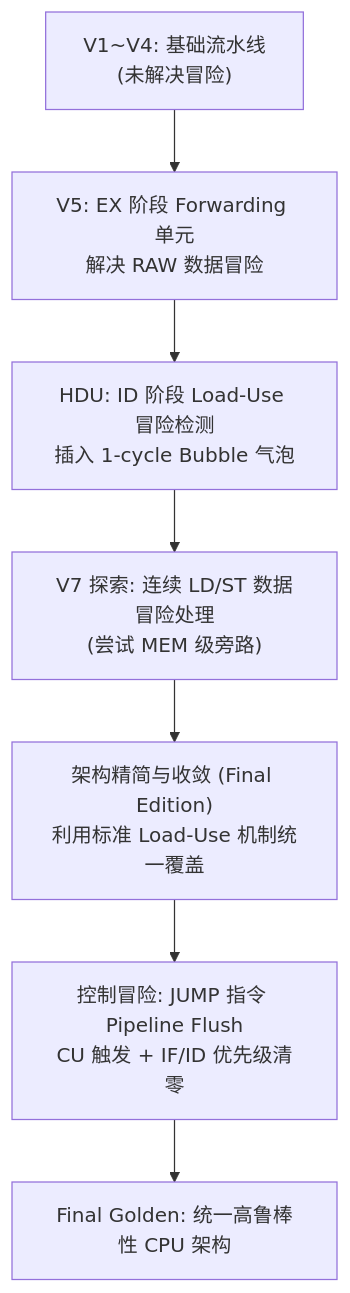
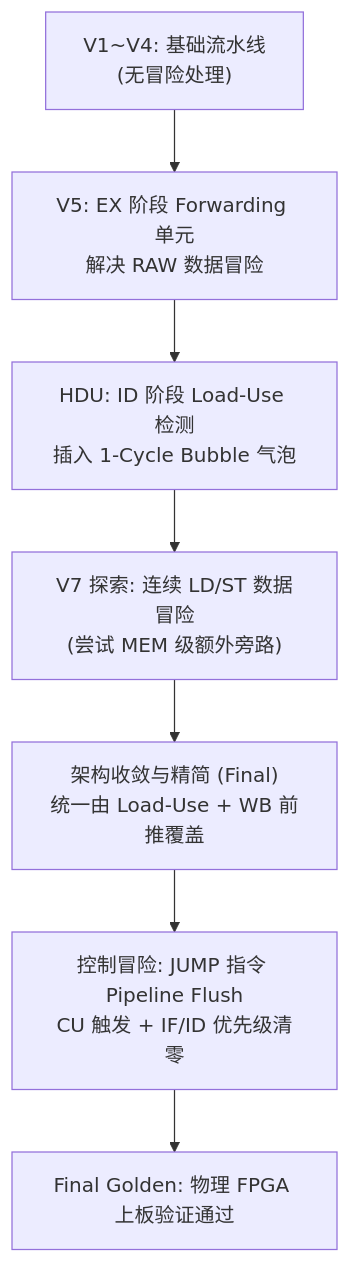
One commit to Antigone204/16bit-risc-pipelined-cpu changed the diagram in docs/architecture_evolution.md. Above: the diagram before and after it, drawn with Mermaid. The commit also changed other lines of this file and 4 other files, not shown here.

````diff
--- a/docs/architecture_evolution.md
+++ b/docs/architecture_evolution.md
@@ -26,9 +36,9 @@
 ```mermaid
 graph TD
-    V1_V4["V1~V4: 基础流水线<br/>(未解决冒险)"] --> V5["V5: EX 阶段 Forwarding 单元<br/>解决 RAW 数据冒险"]
-    V5 --> HDU["HDU: ID 阶段 Load-Use 冒险检测<br/>插入 1-cycle Bubble 气泡"]
-    HDU --> V7_EXP["V7 探索: 连续 LD/ST 数据冒险处理<br/>(尝试 MEM 级旁路)"]
-    V7_EXP --> REFINED["架构精简与收敛 (Final Edition)<br/>利用标准 Load-Use 机制统一覆盖"]
+    V1_V4["V1~V4: 基础流水线<br/>(无冒险处理)"] --> V5["V5: EX 阶段 Forwarding 单元<br/>解决 RAW 数据冒险"]
+    V5 --> HDU["HDU: ID 阶段 Load-Use 检测<br/>插入 1-Cycle Bubble 气泡"]
+    HDU --> V7_EXP["V7 探索: 连续 LD/ST 数据冒险<br/>(尝试 MEM 级额外旁路)"]
+    V7_EXP --> REFINED["架构收敛与精简 (Final)<br/>统一由 Load-Use + WB 前推覆盖"]
     REFINED --> CTRL["控制冒险: JUMP 指令 Pipeline Flush<br/>CU 触发 + IF/ID 优先级清零"]
-    CTRL --> FINAL["Final Golden: 统一高鲁棒性 CPU 架构"]
+    CTRL --> FINAL["Final Golden: 物理 FPGA 上板验证通过"]
 ```
````
